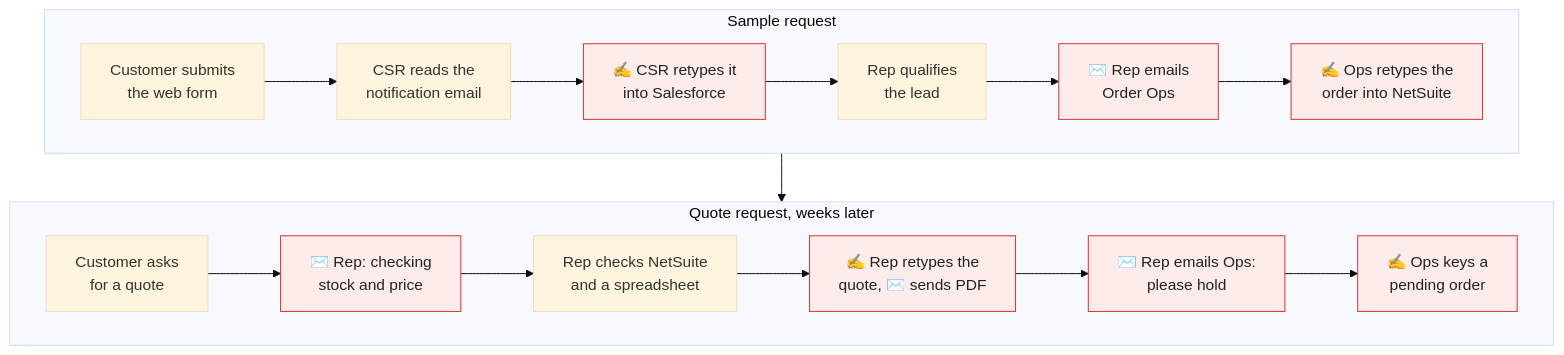
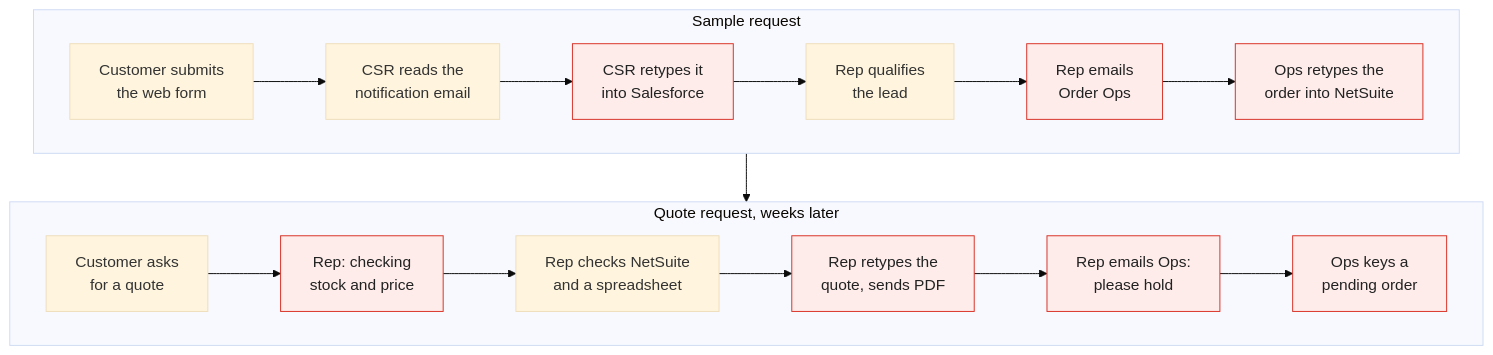
The diagram in README.md (bennettdavisv2/perennials-sample-to-quote), drawn with Mermaid (base theme) before and after one commit. The commit also changed other lines of this file and 5 other files, not shown here.

First line of the commit message:
New-flow diagram as a lane SVG, audited against the code

````diff
--- a/README.md
+++ b/README.md
@@ -9,14 +9,14 @@
 ```mermaid
 flowchart TB
   subgraph S["Sample request"]
     direction LR
-    o1["Customer submits<br/>the web form"] --> o2["CSR reads the<br/>notification email"] --> o3["✍️ CSR retypes it<br/>into Salesforce"] --> o4["Rep qualifies<br/>the lead"] --> o5["✉️ Rep emails<br/>Order Ops"] --> o6["✍️ Ops retypes the<br/>order into NetSuite"]
+    o1["Customer submits<br/>the web form"] --> o2["CSR reads the<br/>notification email"] --> o3["CSR retypes it<br/>into Salesforce"] --> o4["Rep qualifies<br/>the lead"] --> o5["Rep emails<br/>Order Ops"] --> o6["Ops retypes the<br/>order into NetSuite"]
   end
   subgraph Q["Quote request, weeks later"]
     direction LR
-    o7["Customer asks<br/>for a quote"] --> o8["✉️ Rep: checking<br/>stock and price"] --> o9["Rep checks NetSuite<br/>and a spreadsheet"] --> o10["✍️ Rep retypes the<br/>quote, ✉️ sends PDF"] --> o11["✉️ Rep emails Ops:<br/>please hold"] --> o12["✍️ Ops keys a<br/>pending order"]
+    o7["Customer asks<br/>for a quote"] --> o8["Rep: checking<br/>stock and price"] --> o9["Rep checks NetSuite<br/>and a spreadsheet"] --> o10["Rep retypes the<br/>quote, sends PDF"] --> o11["Rep emails Ops:<br/>please hold"] --> o12["Ops keys a<br/>pending order"]
   end
   S --> Q
   classDef pain fill:#fdecea,stroke:#d93025,color:#222
   class o3,o5,o6,o8,o10,o11,o12 pain
 ```
````
